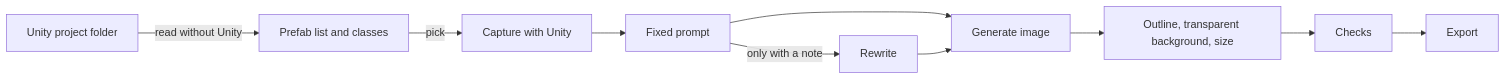
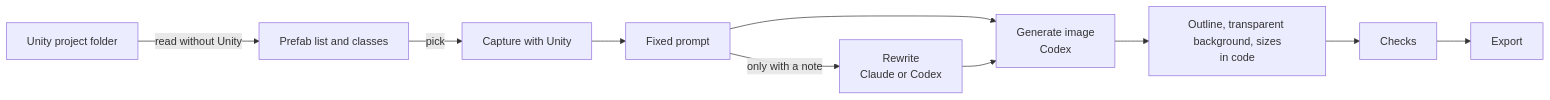
The diagram in README.en.md (cykim-bs/unity-icon-studio), drawn with Mermaid before and after one commit. The commit also changed other lines of this file and 4 other files, not shown here.

````diff
--- a/README.en.md
+++ b/README.en.md
@@ -12,11 +16,11 @@
 ```mermaid
 flowchart LR
   P[Unity project folder] -->|read without Unity| L[Prefab list and classes]
   L -->|pick| C[Capture with Unity]
   C --> F[Fixed prompt]
-  F -->|only with a note| R[Rewrite]
-  F --> G[Generate image]
+  F -->|only with a note| R[Rewrite<br>Claude or Codex]
+  F --> G[Generate image<br>Codex]
   R --> G
-  G --> O[Outline, transparent background, size]
+  G --> O[Outline, transparent background, sizes<br>in code]
   O --> K[Checks] --> E[Export]
 ```
````
